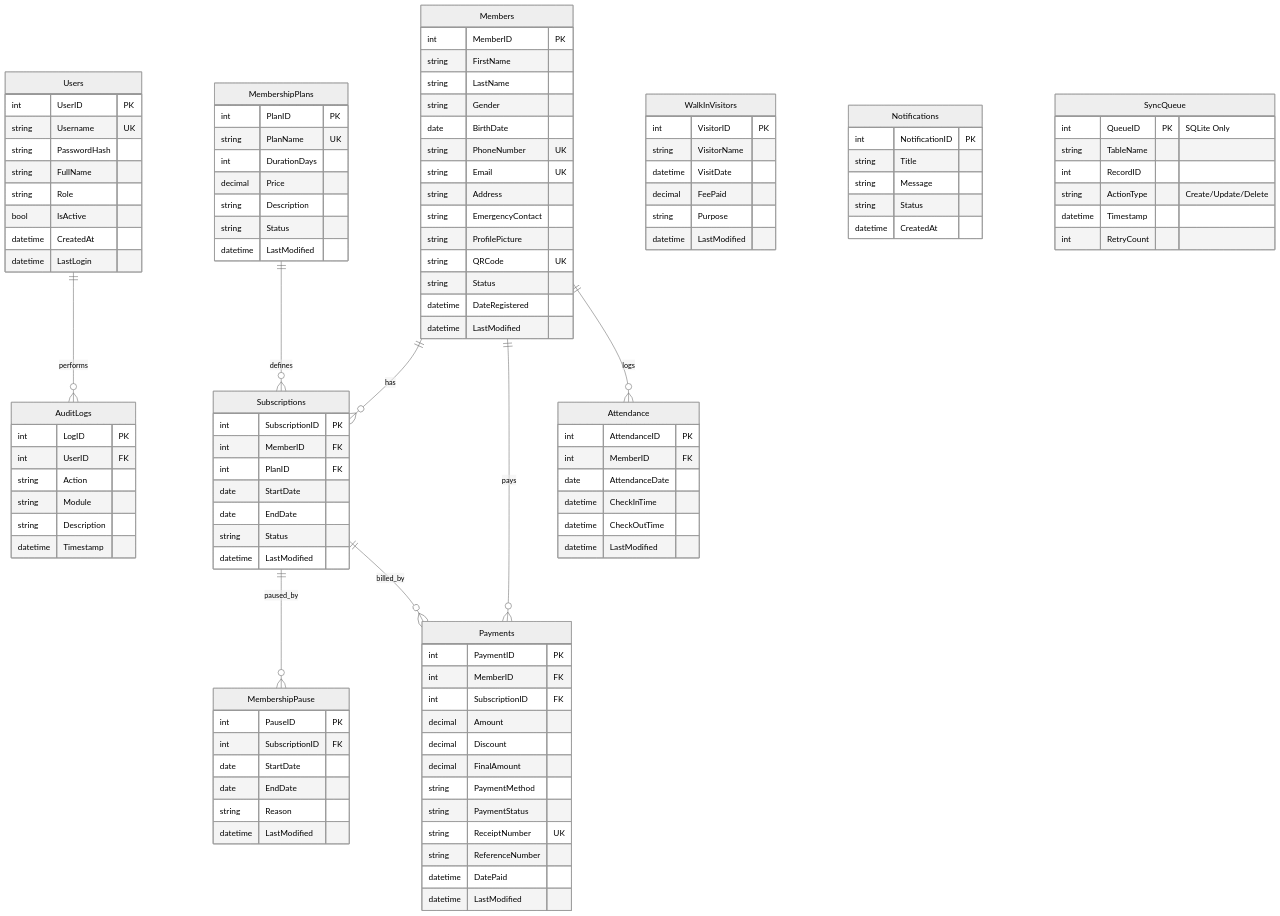
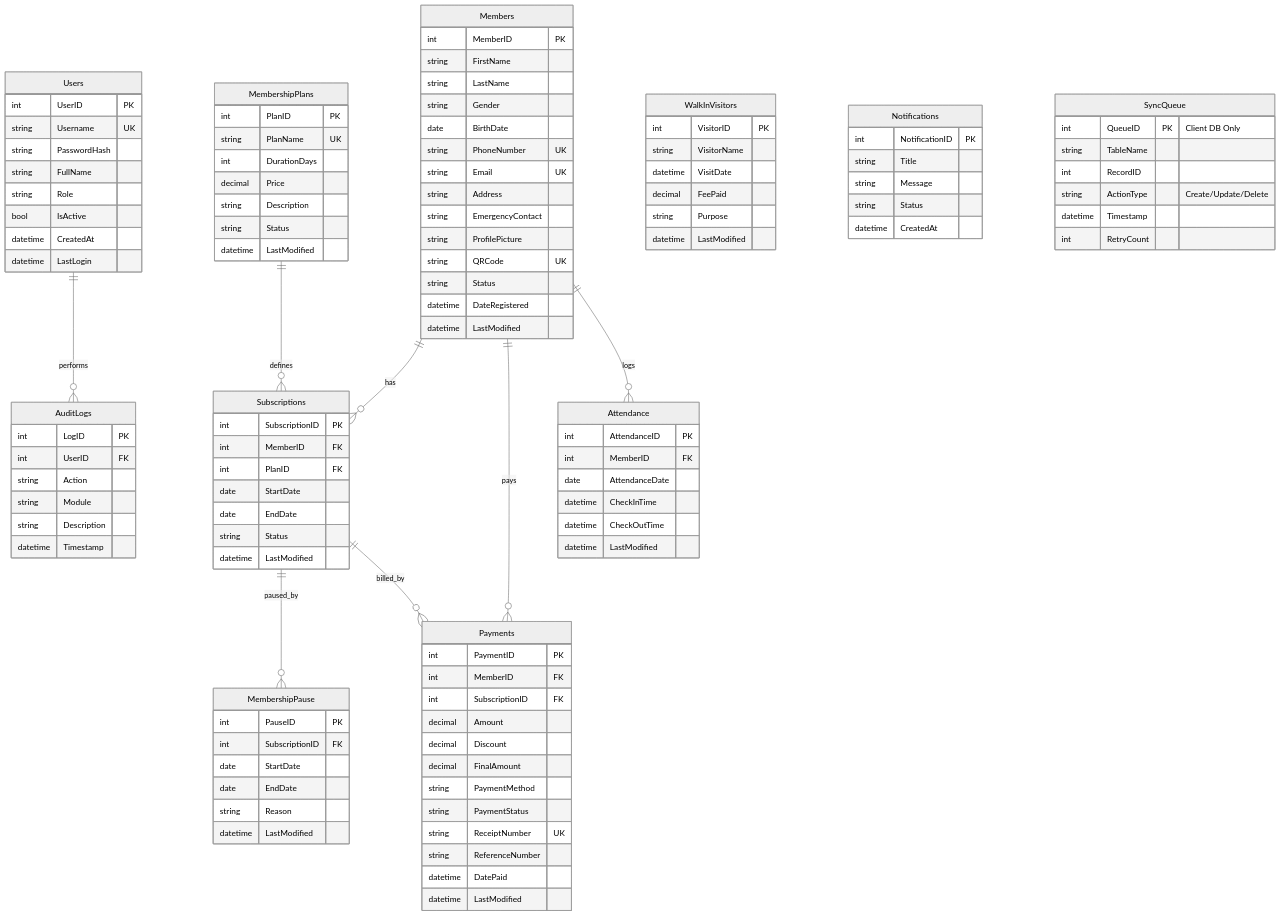
One commit to Kimchi991/GYM-TRACK changed the diagram in docs/04_Database.md. Above: the diagram before and after it, drawn with Mermaid (neutral theme). The commit also changed other lines of this file and 11 other files, not shown here.

Commit message:
chore: align architecture to Clean Architecture, inject Phase 0, and add CI templates & LICENSE

```diff
--- a/docs/04_Database.md
+++ b/docs/04_Database.md
@@ -126,7 +126,7 @@
     }
     
     SyncQueue {
-        int QueueID PK "SQLite Only"
+        int QueueID PK "Client DB Only"
         string TableName
         int RecordID
         string ActionType "Create/Update/Delete"
```
